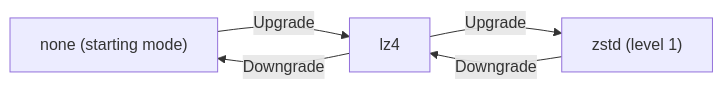
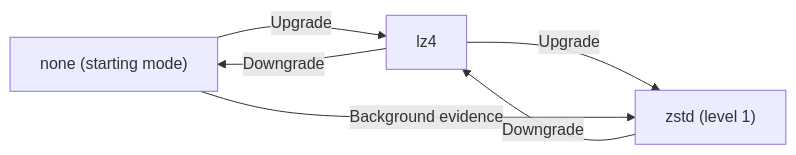
Before and after one commit to jolynch/tx: the diagram in docs/arch/OVERVIEW.md, drawn with Mermaid. The commit also changed other lines of this file and 46 other files, not shown here.

````diff
--- a/docs/arch/OVERVIEW.md
+++ b/docs/arch/OVERVIEW.md
@@ -253,7 +376,8 @@
 ```mermaid
 flowchart LR
     none["none (starting mode)"] -->|Upgrade| lz4["lz4"]
     lz4 -->|Upgrade| zstd["zstd (level 1)"]
+    none -->|Background evidence| zstd
     zstd -->|Downgrade| lz4
     lz4 -->|Downgrade| none
 ```
````
